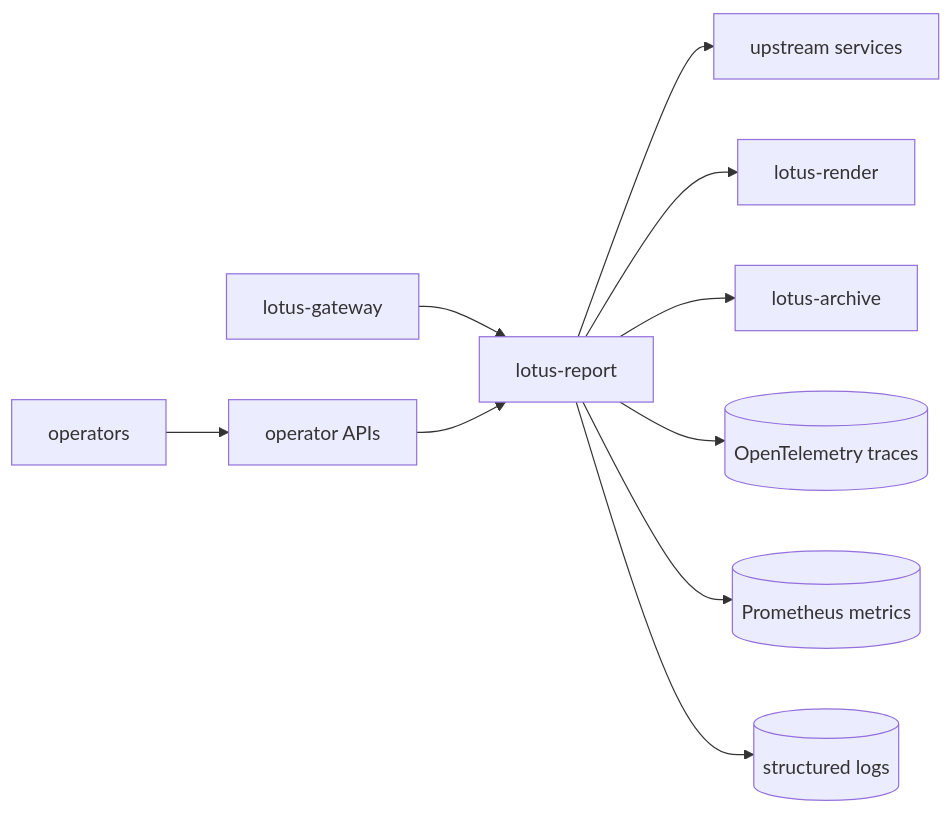
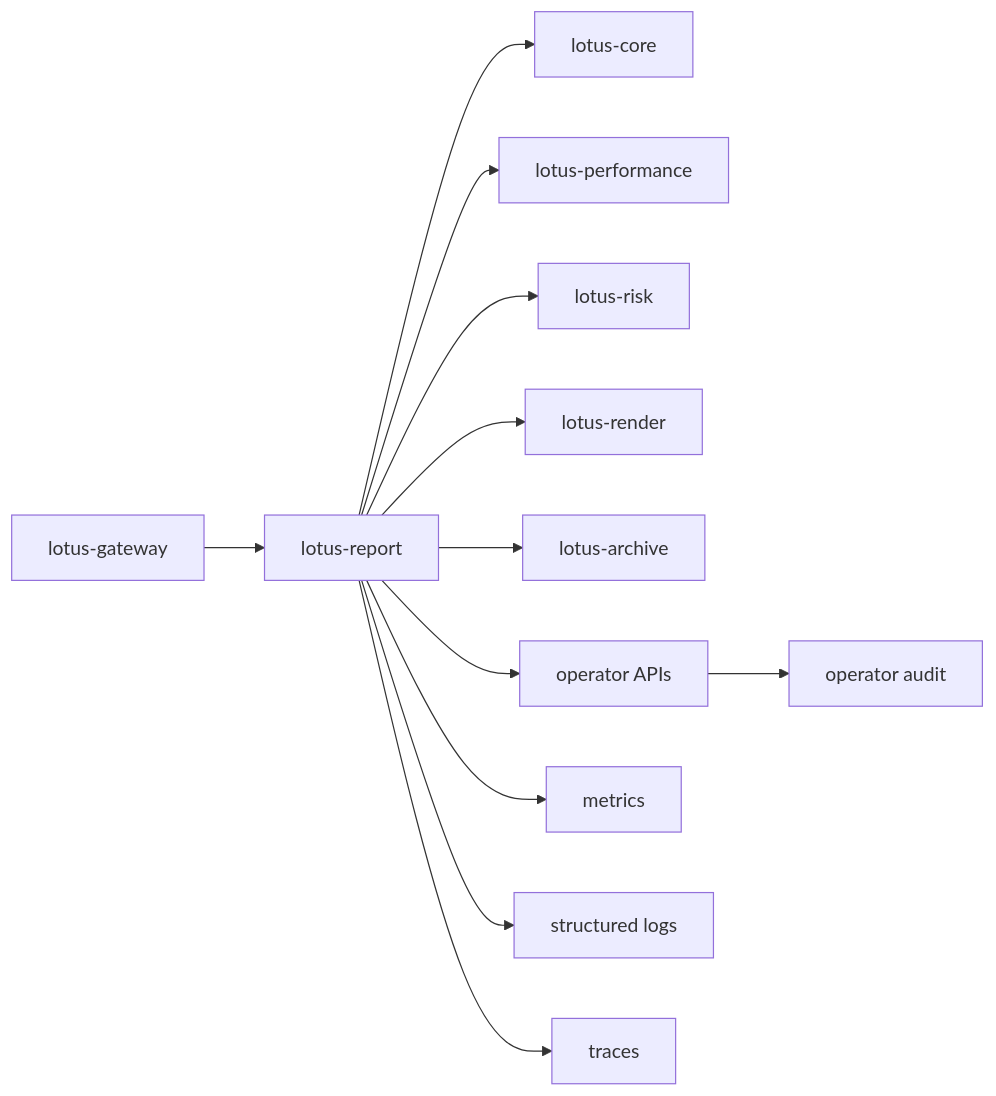
One commit to sgajbi/lotus-platform changed the diagram in rfcs/RFC-0105-reporting-observability-operations-and-replay-tooling.md. Above: the diagram before and after it, drawn with Mermaid. The commit also changed other lines of this file and 3 other files, not shown here.

````diff
--- a/rfcs/RFC-0105-reporting-observability-operations-and-replay-tooling.md
+++ b/rfcs/RFC-0105-reporting-observability-operations-and-replay-tooling.md
@@ -57,12 +208,14 @@
 ```mermaid
 flowchart LR
     GW[lotus-gateway] --> REPORT[lotus-report]
-    REPORT --> UPSTREAM[upstream services]
+    REPORT --> CORE[lotus-core]
+    REPORT --> PERF[lotus-performance]
+    REPORT --> RISK[lotus-risk]
     REPORT --> RENDER[lotus-render]
     REPORT --> ARCHIVE[lotus-archive]
-    REPORT --> TRACE[(OpenTelemetry traces)]
-    REPORT --> METRICS[(Prometheus metrics)]
-    REPORT --> LOGS[(structured logs)]
-    OPS[operators] --> SUPPORT[operator APIs]
-    SUPPORT --> REPORT
+    REPORT --> OPS[operator APIs]
+    REPORT --> METRICS[metrics]
+    REPORT --> LOGS[structured logs]
+    REPORT --> TRACES[traces]
+    OPS --> AUDIT[operator audit]
 ```
````
